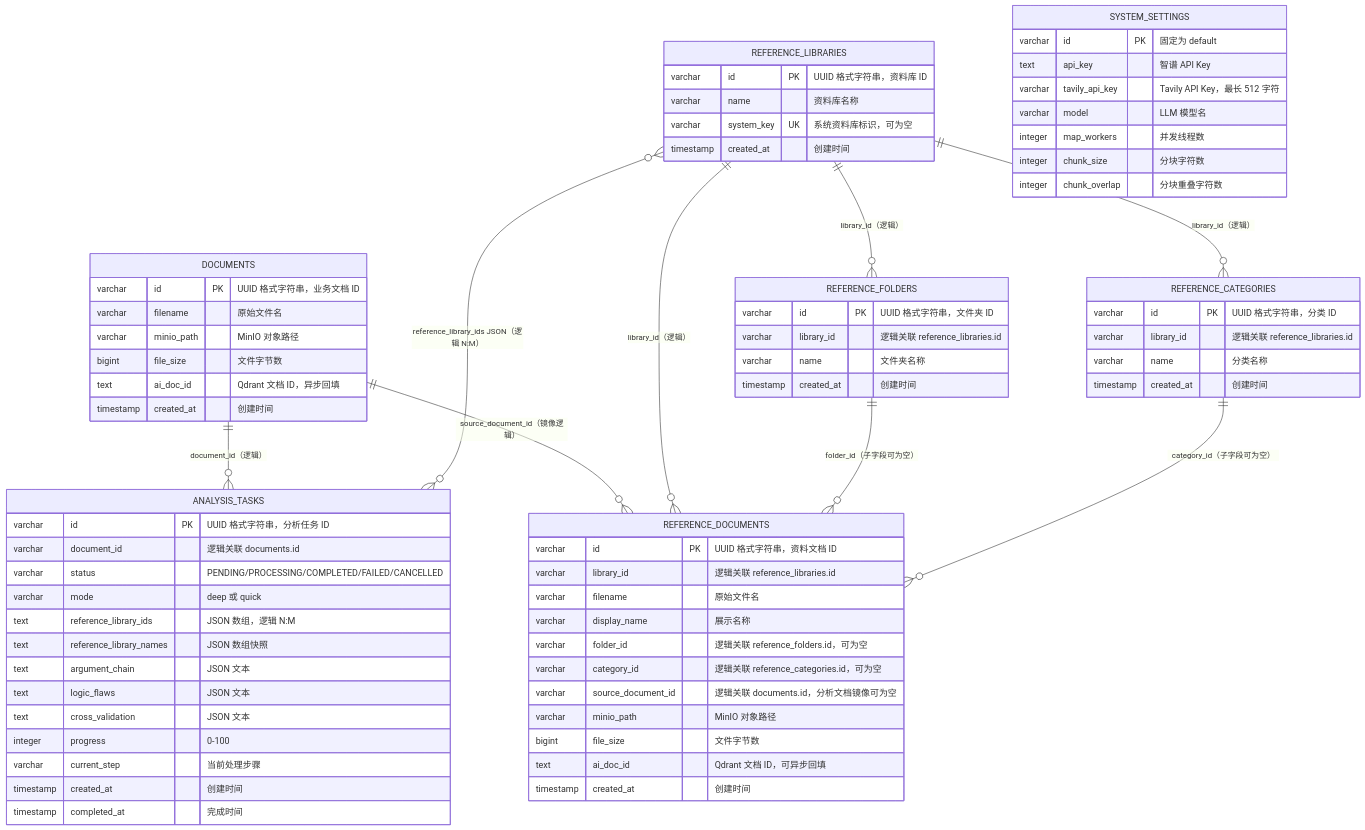
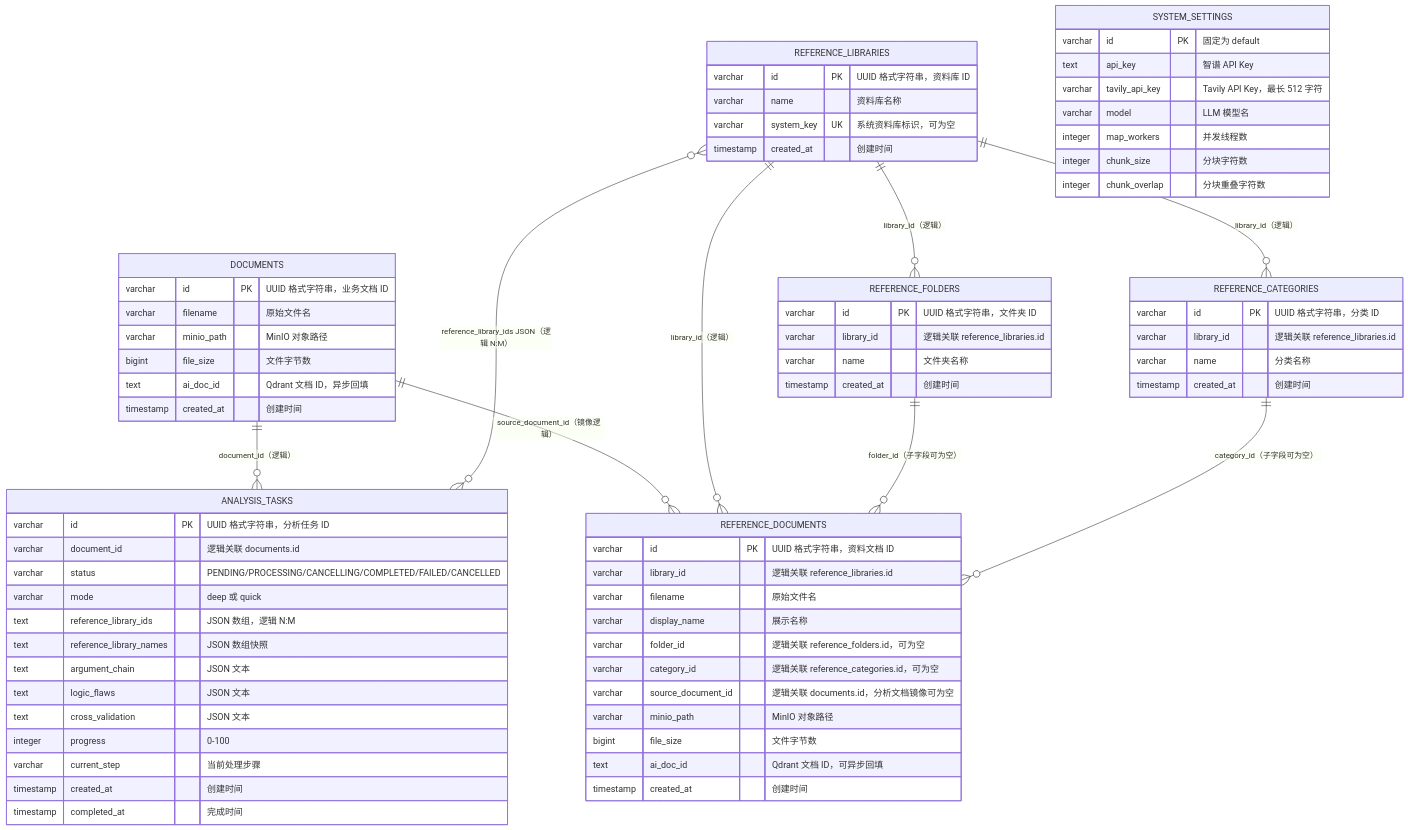
One commit to Arohtea/The_Dehydrator changed the first of 5 diagrams in docs/system-diagrams.md. Above: the diagram before and after it, drawn with Mermaid. The commit also changed other lines of this file and 36 other files, not shown here.

````diff
--- a/docs/system-diagrams.md
+++ b/docs/system-diagrams.md
@@ -15,81 +15,81 @@
 ```mermaid
 erDiagram
     DOCUMENTS {
         varchar id PK "UUID 格式字符串，业务文档 ID"
         varchar filename "原始文件名"
         varchar minio_path "MinIO 对象路径"
         bigint file_size "文件字节数"
         text ai_doc_id "Qdrant 文档 ID，异步回填"
         timestamp created_at "创建时间"
     }
 
     ANALYSIS_TASKS {
         varchar id PK "UUID 格式字符串，分析任务 ID"
         varchar document_id "逻辑关联 documents.id"
-        varchar status "PENDING/PROCESSING/COMPLETED/FAILED/CANCELLED"
+        varchar status "PENDING/PROCESSING/CANCELLING/COMPLETED/FAILED/CANCELLED"
         varchar mode "deep 或 quick"
         text reference_library_ids "JSON 数组，逻辑 N:M"
         text reference_library_names "JSON 数组快照"
         text argument_chain "JSON 文本"
         text logic_flaws "JSON 文本"
         text cross_validation "JSON 文本"
         integer progress "0-100"
         varchar current_step "当前处理步骤"
         timestamp created_at "创建时间"
         timestamp completed_at "完成时间"
     }
 
     REFERENCE_LIBRARIES {
         varchar id PK "UUID 格式字符串，资料库 ID"
         varchar name "资料库名称"
         varchar system_key UK "系统资料库标识，可为空"
         timestamp created_at "创建时间"
     }
 
     REFERENCE_FOLDERS {
         varchar id PK "UUID 格式字符串，文件夹 ID"
         varchar library_id "逻辑关联 reference_libraries.id"
         varchar name "文件夹名称"
         timestamp created_at "创建时间"
     }
 
     REFERENCE_CATEGORIES {
         varchar id PK "UUID 格式字符串，分类 ID"
         varchar library_id "逻辑关联 reference_libraries.id"
         varchar name "分类名称"
         timestamp created_at "创建时间"
     }
 
     REFERENCE_DOCUMENTS {
         varchar id PK "UUID 格式字符串，资料文档 ID"
         varchar library_id "逻辑关联 reference_libraries.id"
         varchar filename "原始文件名"
         varchar display_name "展示名称"
         varchar folder_id "逻辑关联 reference_folders.id，可为空"
         varchar category_id "逻辑关联 reference_categories.id，可为空"
         varchar source_document_id "逻辑关联 documents.id，分析文档镜像可为空"
         varchar minio_path "MinIO 对象路径"
         bigint file_size "文件字节数"
         text ai_doc_id "Qdrant 文档 ID，可异步回填"
         timestamp created_at "创建时间"
     }
 
     SYSTEM_SETTINGS {
         varchar id PK "固定为 default"
         text api_key "智谱 API Key"
         varchar tavily_api_key "Tavily API Key，最长 512 字符"
         varchar model "LLM 模型名"
         integer map_workers "并发线程数"
         integer chunk_size "分块字符数"
         integer chunk_overlap "分块重叠字符数"
     }
 
     DOCUMENTS ||--o{ ANALYSIS_TASKS : "document_id（逻辑）"
     DOCUMENTS ||--o{ REFERENCE_DOCUMENTS : "source_document_id（镜像逻辑）"
     REFERENCE_LIBRARIES ||--o{ REFERENCE_DOCUMENTS : "library_id（逻辑）"
     REFERENCE_LIBRARIES ||--o{ REFERENCE_FOLDERS : "library_id（逻辑）"
     REFERENCE_LIBRARIES ||--o{ REFERENCE_CATEGORIES : "library_id（逻辑）"
     REFERENCE_FOLDERS ||--o{ REFERENCE_DOCUMENTS : "folder_id（子字段可为空）"
     REFERENCE_CATEGORIES ||--o{ REFERENCE_DOCUMENTS : "category_id（子字段可为空）"
     REFERENCE_LIBRARIES }o--o{ ANALYSIS_TASKS : "reference_library_ids JSON（逻辑 N:M）"
 ```
````
